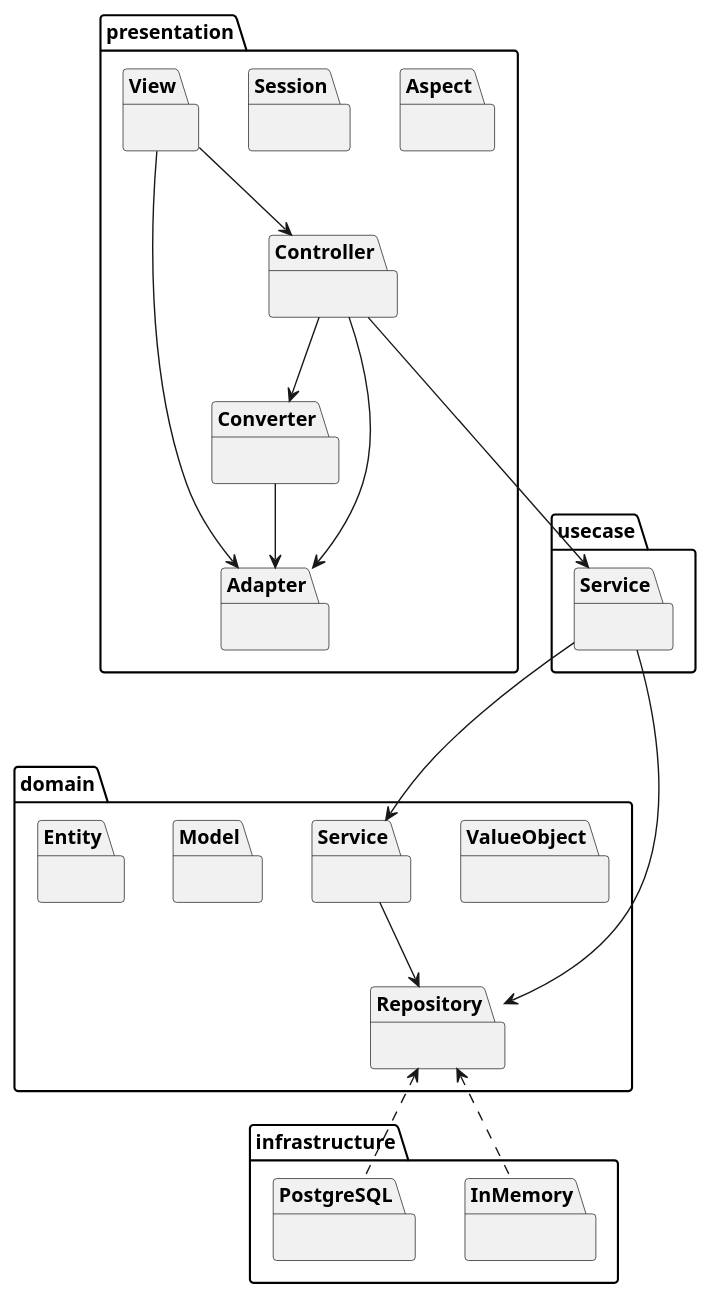
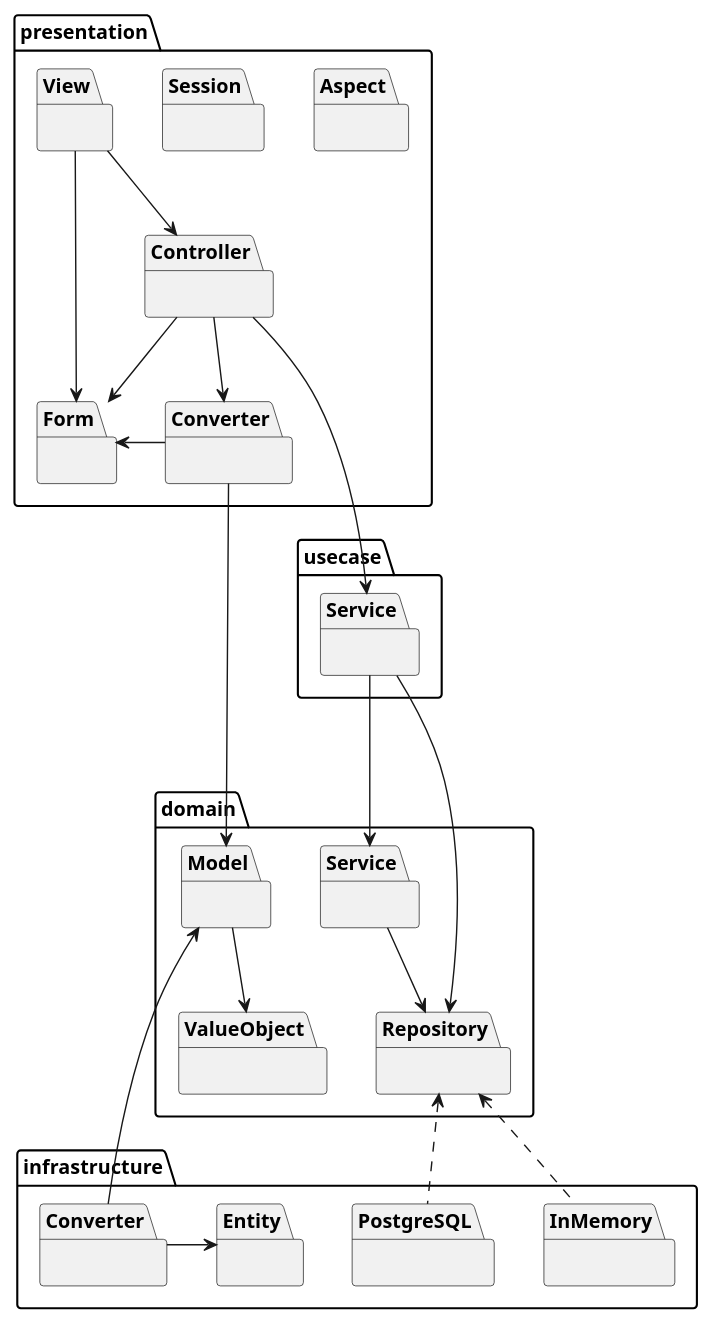
Before and after one commit to takku66/Yabomu: the diagram in docs/class.pu, drawn with PlantUML. The commit also changed 9 other files, not shown here.

```diff
--- a/docs/class.pu
+++ b/docs/class.pu
@@ -1,75 +1,82 @@
 @startuml
 
 package presentation {
-    package Controller as p_ctl {
+   	package Controller as p_ctl {
 
-    }
-    package Aspect as p_asp {
+   	}
+   	package Aspect as p_asp {
 
-    }
-    package Session as p_ssn {
+   	}
+   	package Session as p_ssn {
 
-    }
-    package View as p_vw {
+   	}
+   	package View as p_vw {
 
-    }
-    package Adapter as p_adp {
+   	}
+   	package Form as p_fm {
 
-    }
-    package Converter as p_cvtr {
+   	}
+   	package Converter as p_cvtr {
 
-    }
+   	}
 }
 
 package domain {
-    package ValueObject as d_vo {
+	package ValueObject as d_vo {
 
-    }
+   	}
 
-    package Service as d_svc {
+   	package Service as d_svc {
 
-    }
+   	}
 
-    package Repository as d_rp {
+   	package Repository as d_rp {
 
     }
 
     package Model as d_mdl {
 
     }
-    package Entity as d_ety {
 
-    }
 }
 
 package infrastructure {
-    package InMemory as i_im {
+   	package InMemory as i_im {
 
-    }
-    package PostgreSQL as i_pgsql {
+   	}
+	package PostgreSQL as i_pgsql {
 
-    }
+   	}
+	package Entity as i_ety {
+
+   	}
+   	package Converter as i_cvtr {
+
+   	}
 }
 
 package usecase {
     package Service as u_svc {
 
     }
 }
 
 
 /' プレゼンテーション層の依存関係 '/
 p_vw --> p_ctl
-p_vw --> p_adp
-p_ctl --> p_adp
+p_vw --> p_fm
+p_ctl --> p_fm
 p_ctl --> p_cvtr
-p_cvtr --> p_adp
+p_cvtr -> p_fm
+p_cvtr --> d_mdl
 p_ctl ---> u_svc
 u_svc ---> d_rp
 u_svc ---> d_svc
 d_svc --> d_rp
+d_mdl --> d_vo
 d_rp <.. i_im
 d_rp <.. i_pgsql
-
+i_cvtr ---> d_mdl
+i_cvtr -> i_ety
 
 @enduml
```
